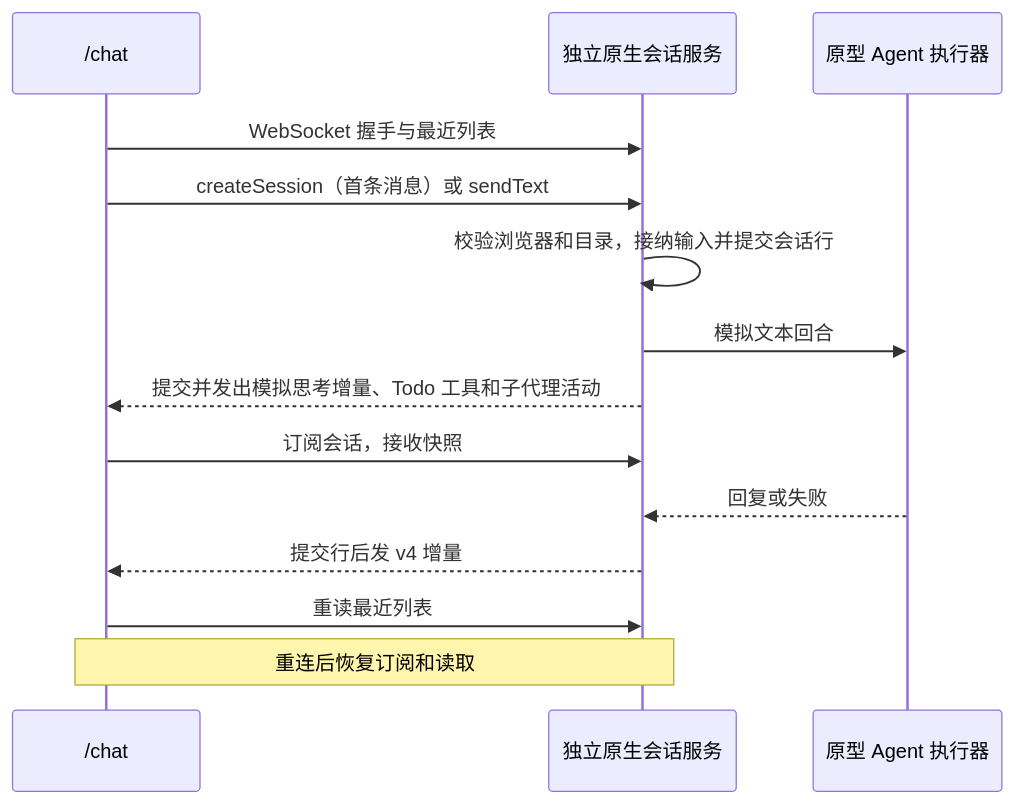
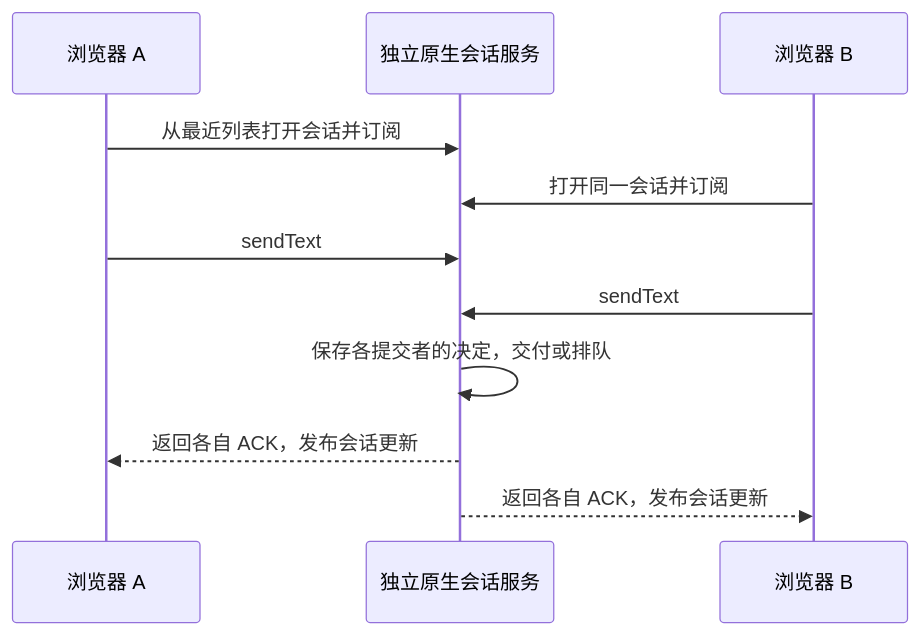
Before and after one commit to jchanghong023/ZCode: the diagram in docs/specs/web-agent-chat.md, drawn with Mermaid. The commit also changed other lines of this file and 56 other files, not shown here.

Commit message:
feat: align Web chat with OMP session semantics

````diff
--- a/docs/specs/web-agent-chat.md
+++ b/docs/specs/web-agent-chat.md
@@ -23,16 +24,13 @@
 ```mermaid
 sequenceDiagram
-  participant W as /chat
+  participant A as 浏览器 A
   participant R as 独立原生会话服务
-  participant O as 原型 Agent 执行器
-  W->>R: WebSocket 握手与最近列表
-  W->>R: createSession（首条消息）或 sendText
-  R->>R: 校验浏览器和目录，接纳输入并提交会话行
-  R->>O: 模拟文本回合
-  R-->>W: 提交并发出模拟思考增量、Todo 工具和子代理活动
-  W->>R: 订阅会话，接收快照
-  O-->>R: 回复或失败
-  R-->>W: 提交行后发 v4 增量
-  W->>R: 重读最近列表
-  Note over W,R: 重连后恢复订阅和读取
+  participant B as 浏览器 B
+  A->>R: 从最近列表打开会话并订阅
+  B->>R: 打开同一会话并订阅
+  A->>R: sendText
+  B->>R: sendText
+  R->>R: 保存各提交者的决定，交付或排队
+  R-->>A: 返回各自 ACK，发布会话更新
+  R-->>B: 返回各自 ACK，发布会话更新
 ```
````
